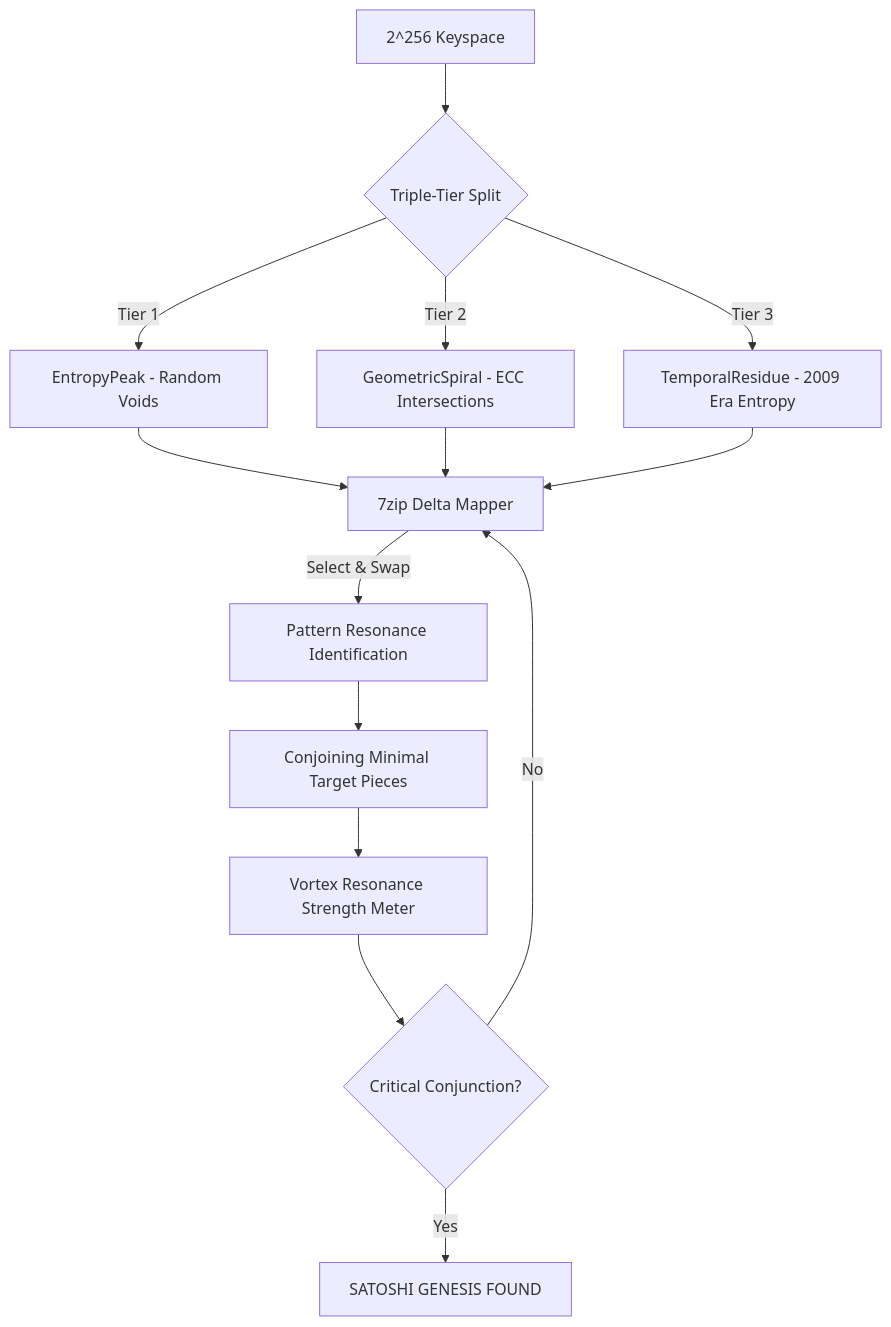
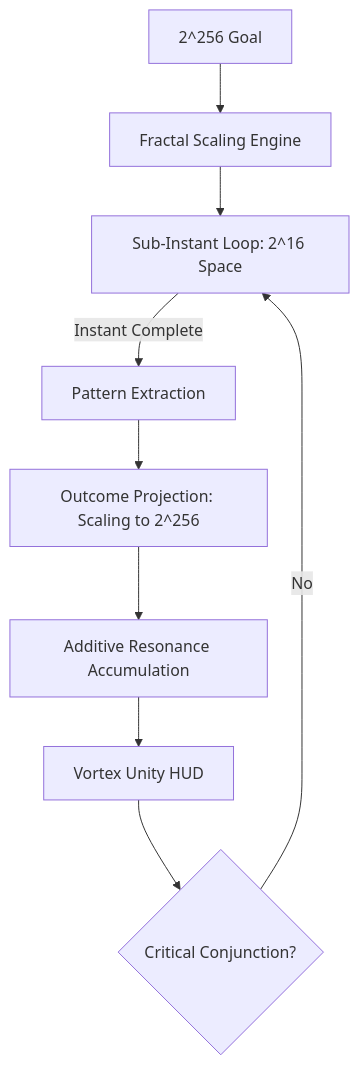
One commit to JlovesYouGit/Ramiris-Labyrinth- changed the diagram in README.md. Above: the diagram before and after it, drawn with Mermaid. The commit also changed other lines of this file and 5 other files, not shown here.

Commit message:
Update Manifest to Unity Logic v2.1: Additive sub-instant scaling confirmed

````diff
--- a/README.md
+++ b/README.md
@@ -15,15 +15,11 @@
 ```mermaid
 graph TD
-    A[2^256 Keyspace] --> B{Triple-Tier Split}
-    B -->|Tier 1| C[EntropyPeak - Random Voids]
-    B -->|Tier 2| D[GeometricSpiral - ECC Intersections]
-    B -->|Tier 3| E[TemporalResidue - 2009 Era Entropy]
-    
-    C & D & E --> F[7zip Delta Mapper]
-    F -->|Select & Swap| G[Pattern Resonance Identification]
-    G --> H[Conjoining Minimal Target Pieces]
-    H --> I[Vortex Resonance Strength Meter]
-    I --> J{Critical Conjunction?}
-    J -->|Yes| K[SATOSHI GENESIS FOUND]
-    J -->|No| F
+    A[2^256 Goal] --> B[Fractal Scaling Engine]
+    B --> C[Sub-Instant Loop: 2^16 Space]
+    C -->|Instant Complete| D[Pattern Extraction]
+    D --> E[Outcome Projection: Scaling to 2^256]
+    E --> F[Additive Resonance Accumulation]
+    F --> G[Vortex Unity HUD]
+    G --> H{Critical Conjunction?}
+    H -->|No| C
 ```
````
